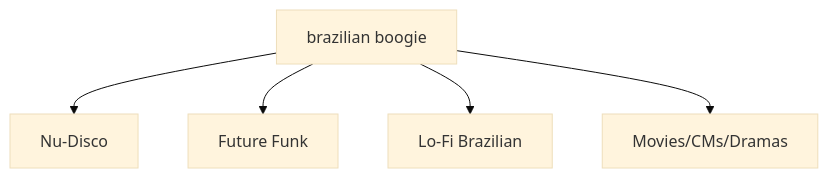
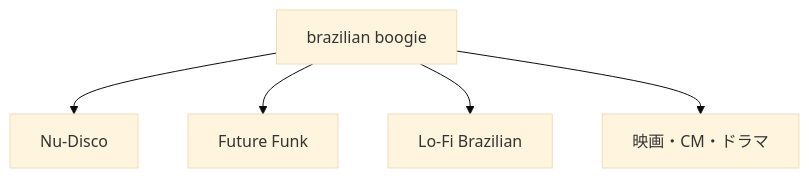
Before and after one commit to monumental-movement/monumental-movement.github.io: the fourth of 4 diagrams in en/_posts/2025-11-30-column-brazilian-boogie-mpb.md, drawn with Mermaid (base theme). The commit also changed other lines of this file and 2196 other files, not shown here.

```diff
--- a/en/_posts/2025-11-30-column-brazilian-boogie-mpb.md
+++ b/en/_posts/2025-11-30-column-brazilian-boogie-mpb.md
@@ -163,7 +163,7 @@
 <div class="mermaid">
 graph TD
     BOOGIE[brazilian boogie] --> NU_DISCO[Nu-Disco]
     BOOGIE --> FUTURE_FUNK[Future Funk]
     BOOGIE --> LOFI_BRAZIL[Lo-Fi Brazilian]
-    BOOGIE --> MEDIA[Movies/CMs/Dramas]
+    BOOGIE --> MEDIA[映画・CM・ドラマ]
 </div>
```
